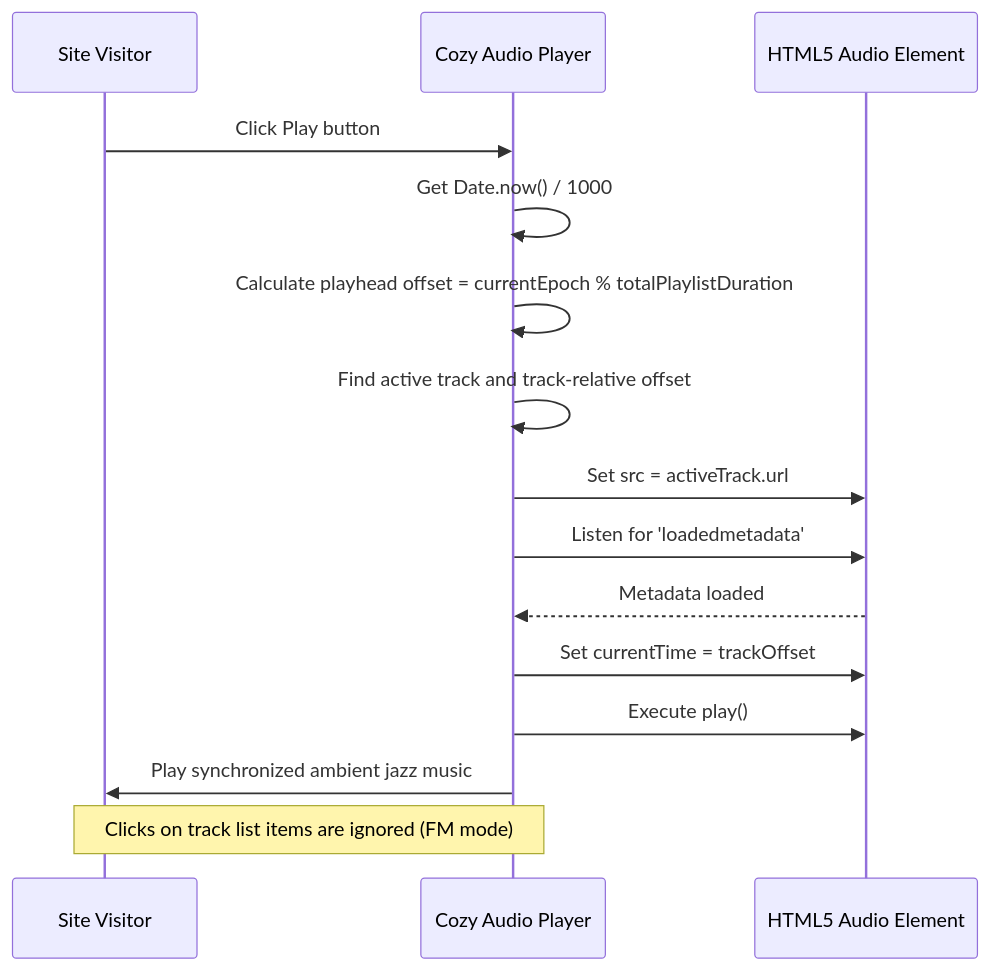
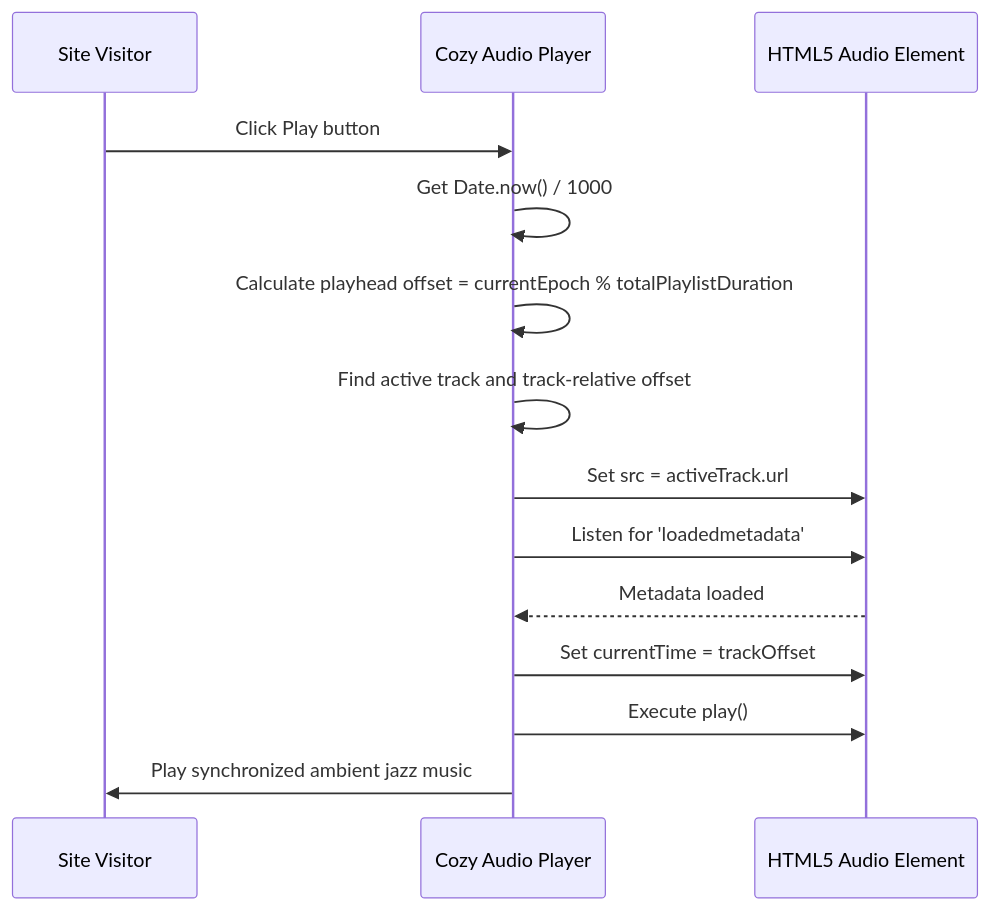
One commit to capcattech-stack/doca-umbrella-workspace changed the second of 4 diagrams in docs/planning/flows.md. Above: the diagram before and after it, drawn with Mermaid. The commit also changed other lines of this file and 42 other files, not shown here.

````diff
--- a/docs/planning/flows.md
+++ b/docs/planning/flows.md
@@ -36,19 +36,17 @@
 ```mermaid
 sequenceDiagram
     participant User as Site Visitor
     participant Player as Cozy Audio Player
     participant Audio as HTML5 Audio Element
     
     User->>Player: Click Play button
     Player->>Player: Get Date.now() / 1000
     Player->>Player: Calculate playhead offset = currentEpoch % totalPlaylistDuration
     Player->>Player: Find active track and track-relative offset
     Player->>Audio: Set src = activeTrack.url
     Player->>Audio: Listen for 'loadedmetadata'
     Audio-->>Player: Metadata loaded
     Player->>Audio: Set currentTime = trackOffset
     Player->>Audio: Execute play()
     Player->>User: Play synchronized ambient jazz music
-    
-    Note over User,Player: Clicks on track list items are ignored (FM mode)
 ```
````
